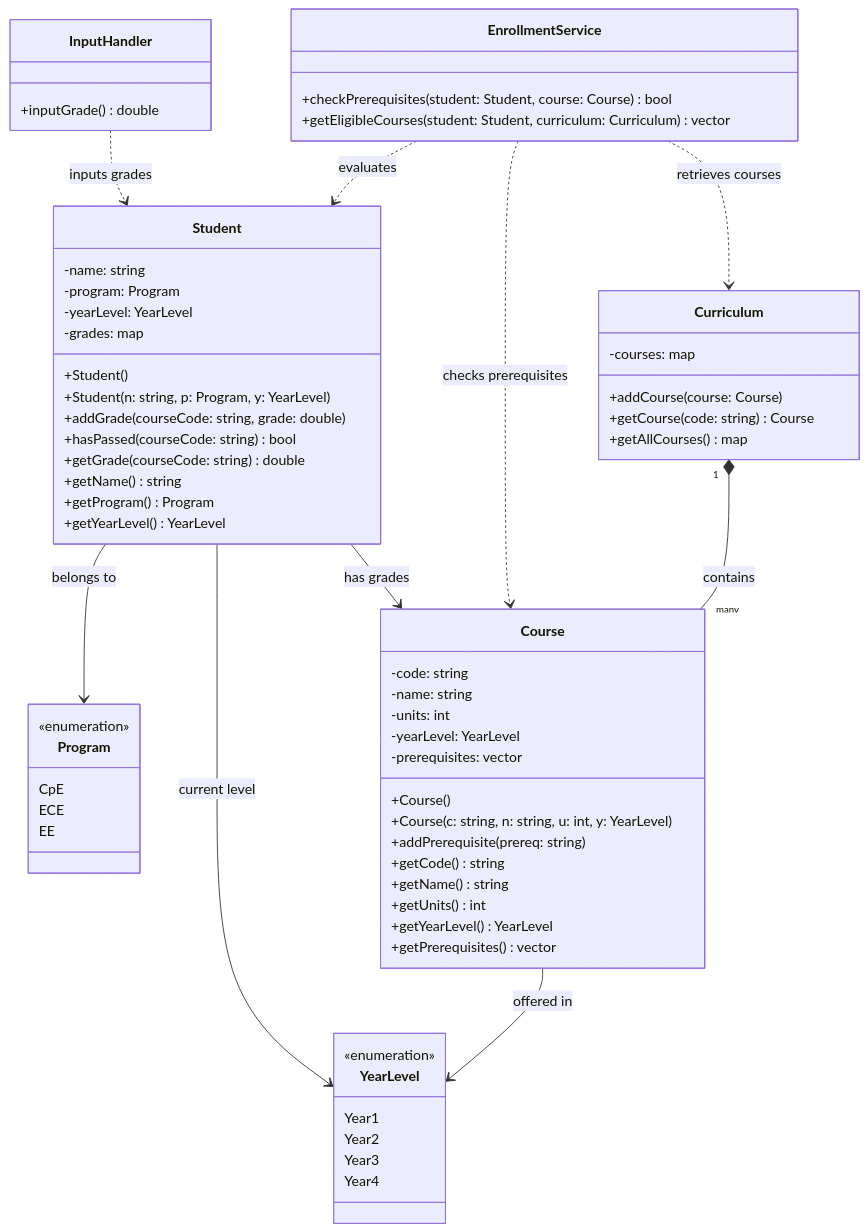
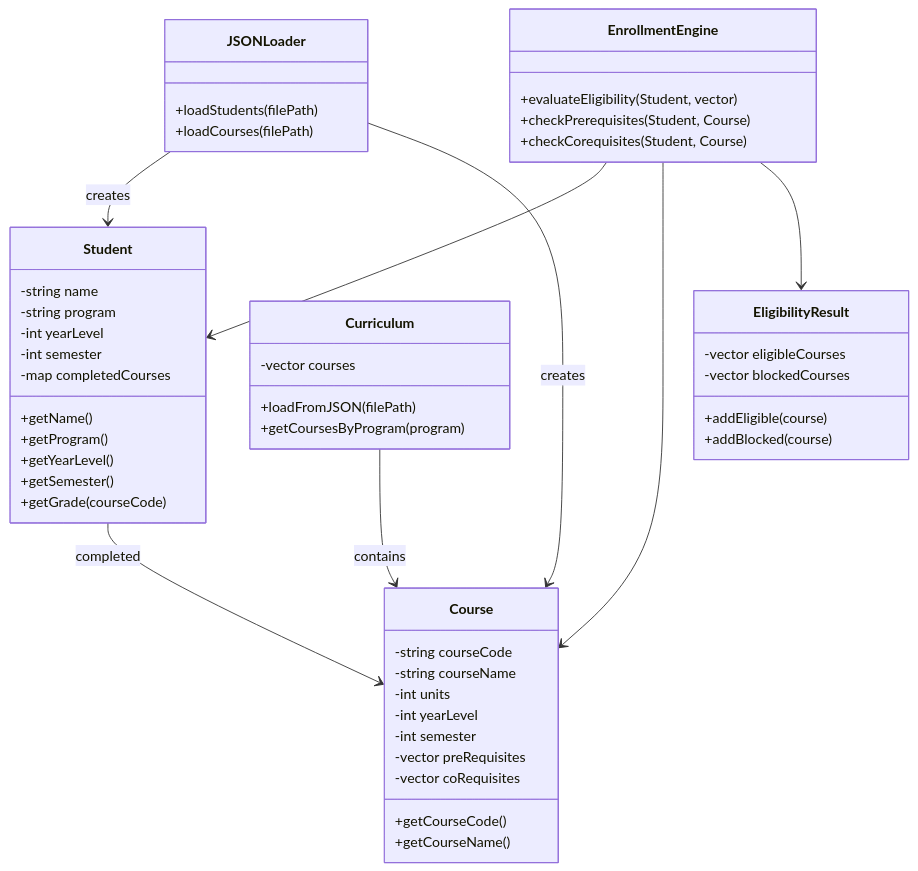
The diagram in README.md (BSCpE-2-Software-Design/EduNexus), drawn with Mermaid before and after one commit.

````diff
--- a/README.md
+++ b/README.md
@@ -1,76 +1,60 @@
 ``` mermaid
 classDiagram
 
-class Program {
-<<enumeration>>
-CpE
-ECE
-EE
-}
-
-class YearLevel {
-<<enumeration>>
-Year1
-Year2
-Year3
-Year4
+class Student {
+  -string name
+  -string program
+  -int yearLevel
+  -int semester
+  -map<string, double> completedCourses
+  +getName()
+  +getProgram()
+  +getYearLevel()
+  +getSemester()
+  +getGrade(courseCode)
 }
 
 class Course {
--code: string
--name: string
--units: int
--yearLevel: YearLevel
--prerequisites: vector<string>
-+Course()
-+Course(c: string, n: string, u: int, y: YearLevel)
-+addPrerequisite(prereq: string)
-+getCode() string
-+getName() string
-+getUnits() int
-+getYearLevel() YearLevel
-+getPrerequisites() vector<string>
-}
-
-class Student {
--name: string
--program: Program
--yearLevel: YearLevel
--grades: map<string, double>
-+Student()
-+Student(n: string, p: Program, y: YearLevel)
-+addGrade(courseCode: string, grade: double)
-+hasPassed(courseCode: string) bool
-+getGrade(courseCode: string) double
-+getName() string
-+getProgram() Program
-+getYearLevel() YearLevel
+  -string courseCode
+  -string courseName
+  -int units
+  -int yearLevel
+  -int semester
+  -vector<string> preRequisites
+  -vector<string> coRequisites
+  +getCourseCode()
+  +getCourseName()
 }
 
 class Curriculum {
--courses: map<string, Course>
-+addCourse(course: Course)
-+getCourse(code: string) Course
-+getAllCourses() map<string, Course>
+  -vector<Course> courses
+  +loadFromJSON(filePath)
+  +getCoursesByProgram(program)
 }
 
-class EnrollmentService {
-+checkPrerequisites(student: Student, course: Course) bool
-+getEligibleCourses(student: Student, curriculum: Curriculum) vector<string>
+class JSONLoader {
+  +loadStudents(filePath)
+  +loadCourses(filePath)
 }
 
-class InputHandler {
-+inputGrade() double
+class EnrollmentEngine {
+  +evaluateEligibility(Student, vector<Course>)
+  +checkPrerequisites(Student, Course)
+  +checkCorequisites(Student, Course)
 }
 
-Student --> Program : belongs to
-Student --> YearLevel : current level
-Course --> YearLevel : offered in
-Curriculum "1" *-- "many" Course : contains
-EnrollmentService ..> Student : evaluates
-EnrollmentService ..> Course : checks prerequisites
-EnrollmentService ..> Curriculum : retrieves courses
-Student --> Course : has grades
-InputHandler ..> Student : inputs grades
+class EligibilityResult {
+  -vector<Course> eligibleCourses
+  -vector<Course> blockedCourses
+  +addEligible(course)
+  +addBlocked(course)
+}
 
+Student --> Course : completed
+Curriculum --> Course : contains
+JSONLoader --> Student : creates
+JSONLoader --> Course : creates
+EnrollmentEngine --> Student
+EnrollmentEngine --> Course
+EnrollmentEngine --> EligibilityResult
 ```
````
